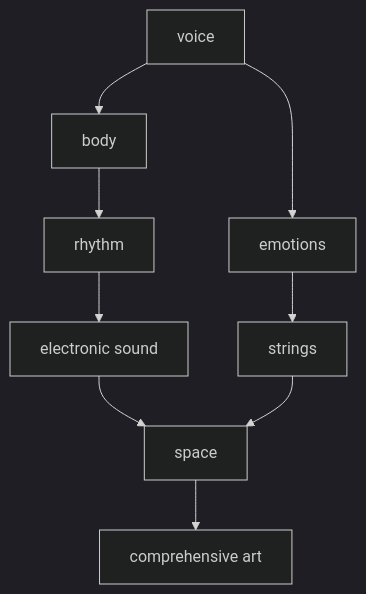
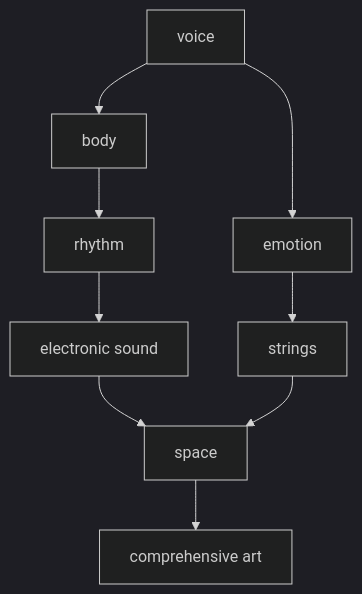
Before and after one commit to monumental-movement/monumental-movement.github.io: the second of 2 diagrams in en/_posts/2026-04-11-column-bjork.md, drawn with Mermaid (dark theme). The commit also changed other lines of this file and 445 other files, not shown here.

```diff
--- a/en/_posts/2026-04-11-column-bjork.md
+++ b/en/_posts/2026-04-11-column-bjork.md
@@ -162,11 +162,11 @@
 <div class="mermaid">
 flowchart TD
-A[voice] --> B[emotions]
+A[voice] --> B[emotion]
 A --> C[body]
 C --> D[rhythm]
 D --> E[electronic sound]
 B --> F[strings]
 E --> G[space]
 F --> G
 G --> H[comprehensive art]
 </div>
```
